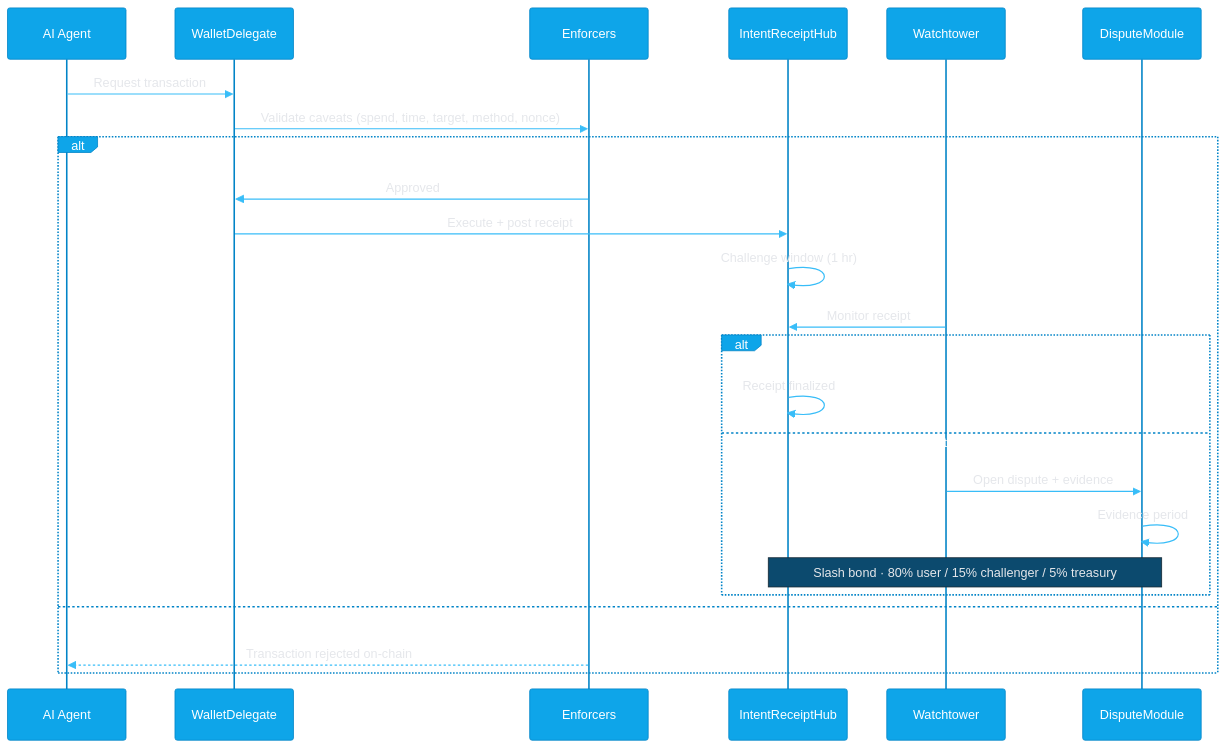
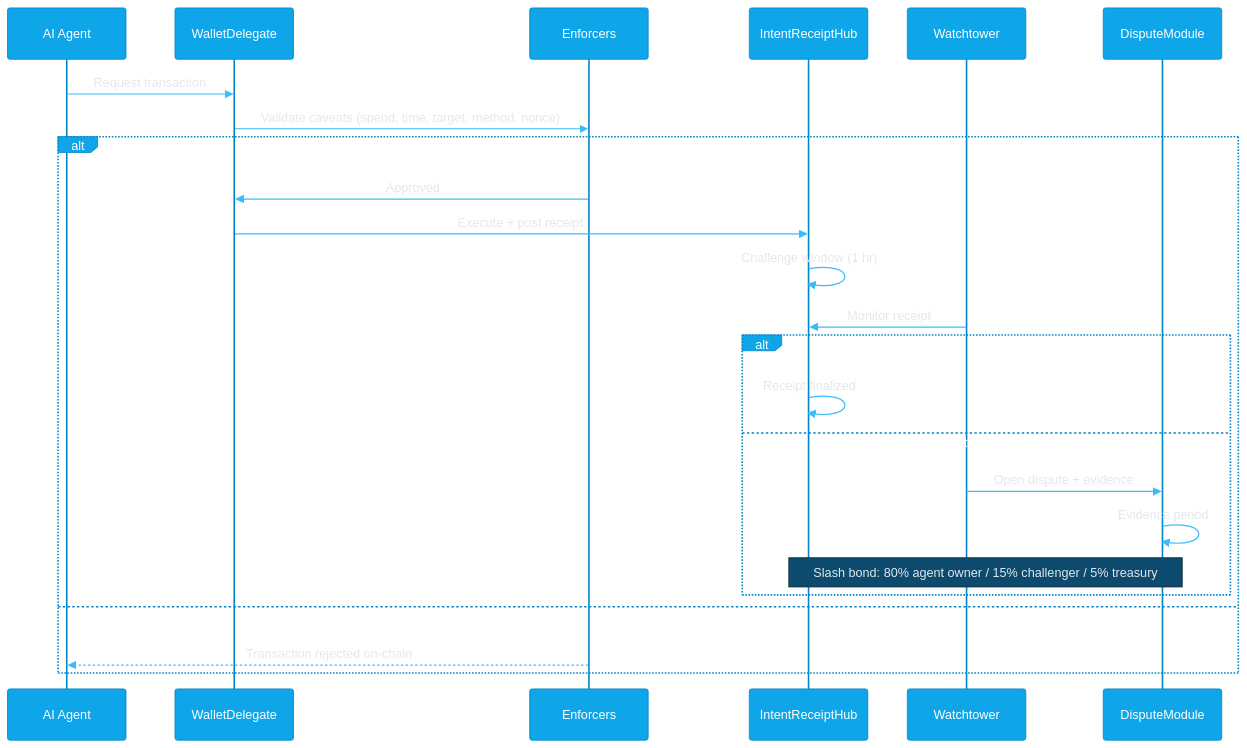
Before and after one commit to jeremylongshore/irsb: the first of 3 diagrams in README.md, drawn with Mermaid. The commit also changed other lines of this file and 7 other files, not shown here.

````diff
--- a/README.md
+++ b/README.md
@@ -48,44 +92,44 @@
 ```mermaid
 %%{init: {'theme': 'base', 'themeVariables': {
   'primaryColor': '#0ea5e9',
   'primaryBorderColor': '#0284c7',
   'primaryTextColor': '#ffffff',
   'lineColor': '#38bdf8',
   'secondaryColor': '#0c1929',
   'tertiaryColor': '#e5e7eb',
   'noteBkgColor': '#0c4a6e',
   'noteTextColor': '#e5e7eb',
   'actorBkg': '#0ea5e9',
   'actorBorder': '#0284c7',
   'actorTextColor': '#ffffff',
   'signalColor': '#38bdf8',
   'signalTextColor': '#e5e7eb',
   'activationBkgColor': '#0c4a6e',
   'activationBorderColor': '#0ea5e9'
 }}}%%
 sequenceDiagram
     participant A as AI Agent
     participant W as WalletDelegate
     participant E as Enforcers
     participant R as IntentReceiptHub
     participant T as Watchtower
     participant D as DisputeModule
 
     A->>W: Request transaction
     W->>E: Validate caveats (spend, time, target, method, nonce)
     alt Caveats pass
         E->>W: Approved
         W->>R: Execute + post receipt
         R->>R: Challenge window (1 hr)
         T->>R: Monitor receipt
         alt No violation
             R->>R: Receipt finalized
         else Violation detected
             T->>D: Open dispute + evidence
             D->>D: Evidence period
-            Note over D,R: Slash bond · 80% user / 15% challenger / 5% treasury
+            Note over D,R: Slash bond: 80% agent owner / 15% challenger / 5% treasury
         end
     else Caveats fail
         E-->>A: Transaction rejected on-chain
     end
 ```
````
